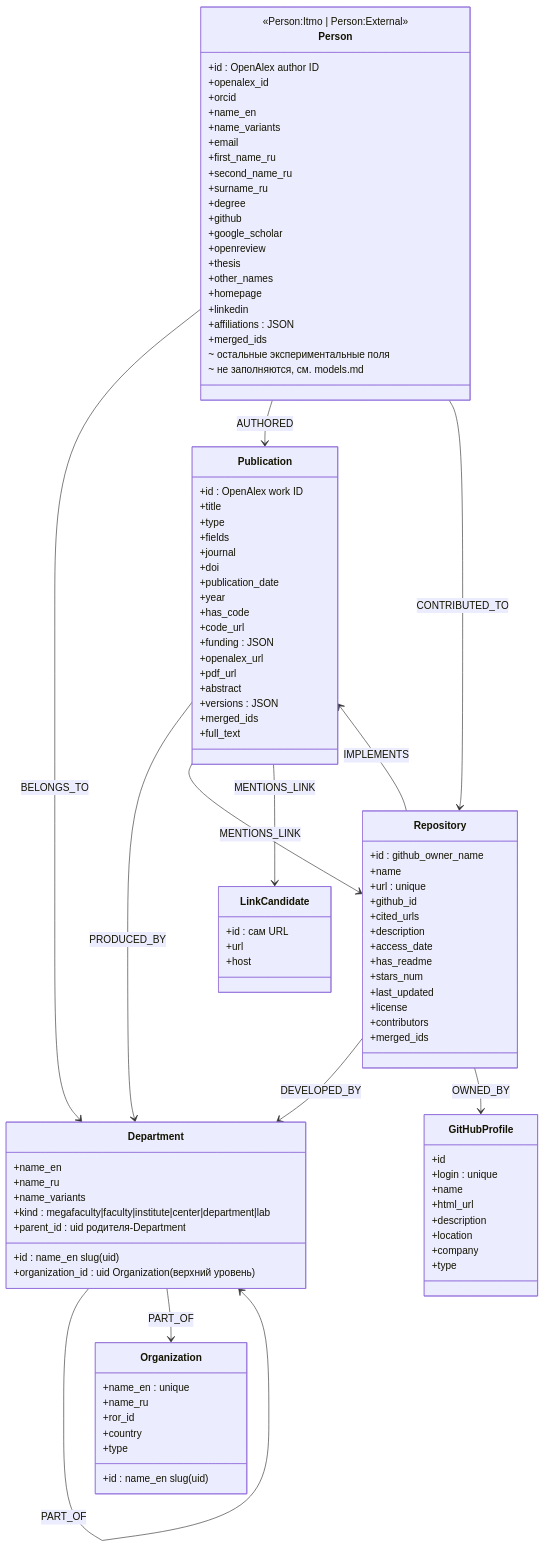
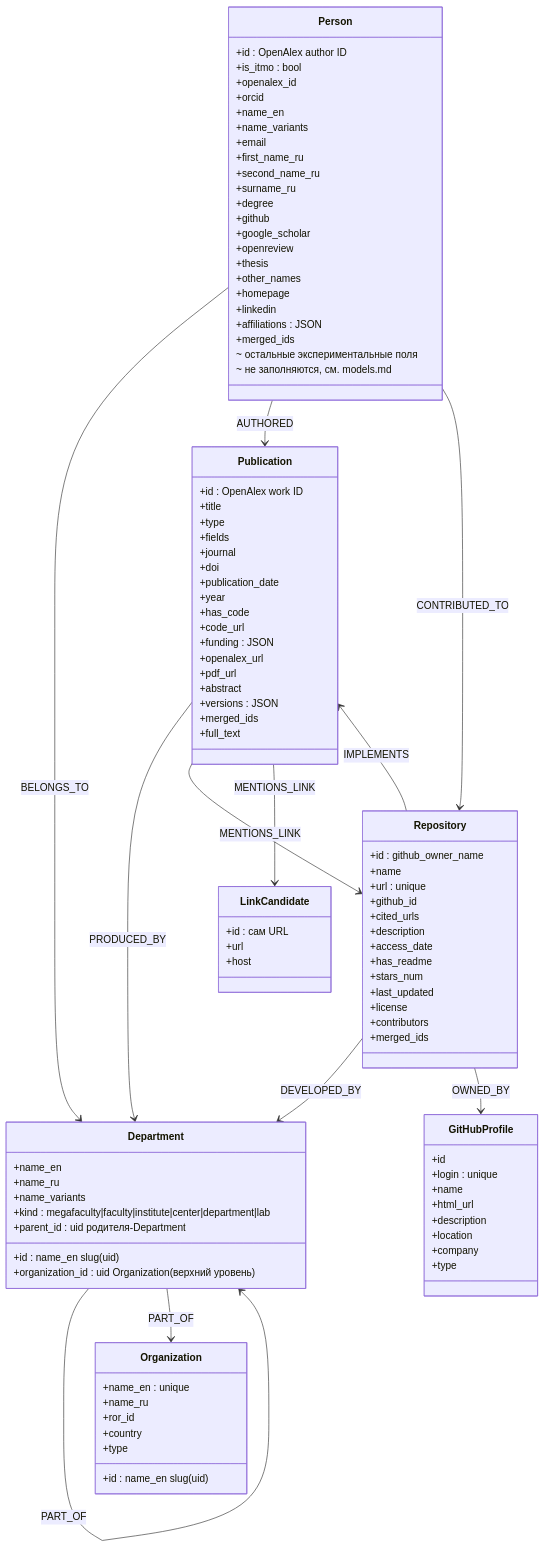
Before and after one commit to ITMO-NSS-team/PAUK: the diagram in docs/diagrams/neo4j-schema.md, drawn with Mermaid. The commit also changed 45 other files, not shown here.

````diff
--- a/docs/diagrams/neo4j-schema.md
+++ b/docs/diagrams/neo4j-schema.md
@@ -3,8 +3,8 @@
 ```mermaid
 classDiagram
     class Person {
-        <<Person:Itmo | Person:External>>
         +id : OpenAlex author ID
+        +is_itmo : bool
         +openalex_id
         +orcid
         +name_en
````
